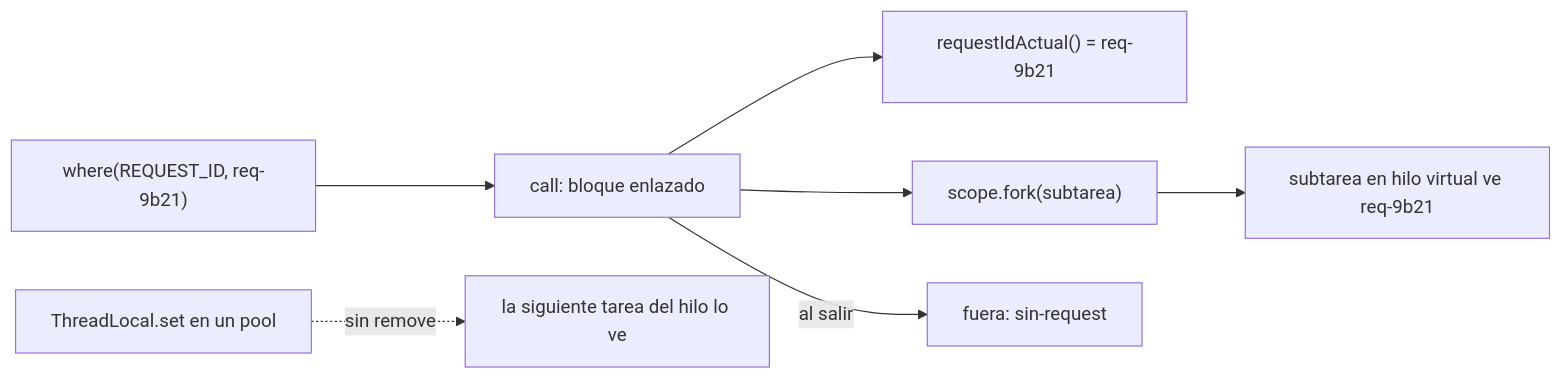
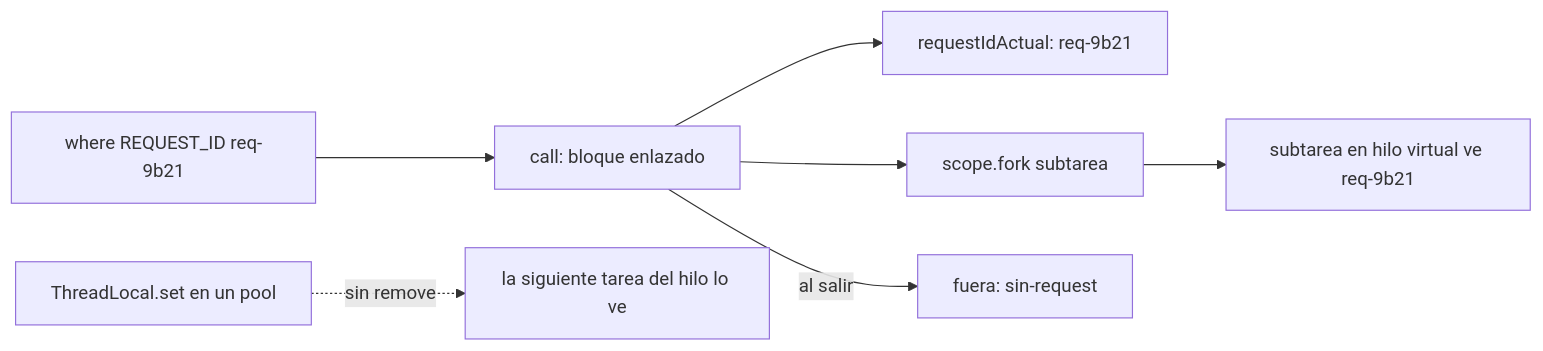
Before and after one commit to NICORUIZ93/The_Imperial_Book: the sixth of 7 diagrams in web/public/content/java/modulo-5.md, drawn with Mermaid. The commit also changed other lines of this file and 65 other files, not shown here.

````diff
--- a/web/public/content/java/modulo-5.md
+++ b/web/public/content/java/modulo-5.md
@@ -1884,9 +2509,9 @@
 ```mermaid
 flowchart LR
-  W["where(REQUEST_ID, req-9b21)"] --> R["call: bloque enlazado"]
-  R --> D["requestIdActual() = req-9b21"]
-  R --> S["scope.fork(subtarea)"]
+  W["where REQUEST_ID req-9b21"] --> R["call: bloque enlazado"]
+  R --> D["requestIdActual: req-9b21"]
+  R --> S["scope.fork subtarea"]
   S --> H["subtarea en hilo virtual ve req-9b21"]
-  R -->|al salir| F["fuera: sin-request"]
-  TL["ThreadLocal.set en un pool"] -.->|sin remove| N["la siguiente tarea del hilo lo ve"]
+  R -->|"al salir"| F["fuera: sin-request"]
+  TL["ThreadLocal.set en un pool"] -.->|"sin remove"| N["la siguiente tarea del hilo lo ve"]
 ```
````
